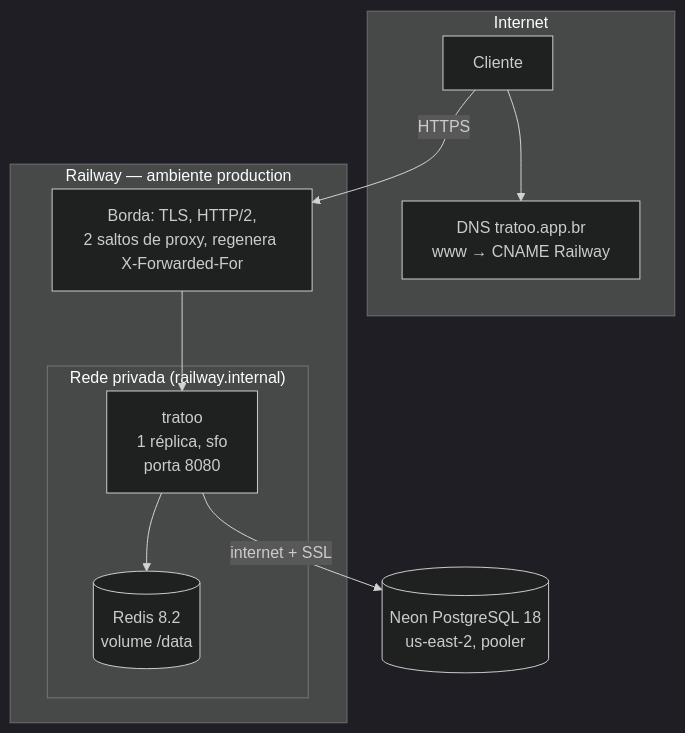
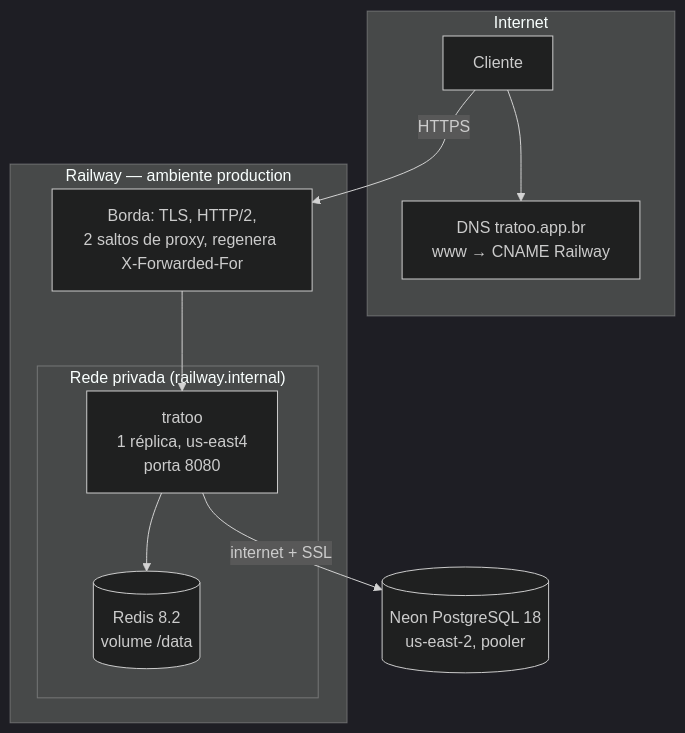
Before and after one commit to Gustavo-C-almeida/tratoo: the fifth of 8 diagrams in Docs/ARQUITETURA.md, drawn with Mermaid (dark theme). The commit also changed other lines of this file and 2 other files, not shown here.

````diff
--- a/Docs/ARQUITETURA.md
+++ b/Docs/ARQUITETURA.md
@@ -409,19 +428,19 @@
 ```mermaid
 flowchart TB
     subgraph Internet
         C["Cliente"]
         DNS["DNS tratoo.app.br<br/>www → CNAME Railway"]
     end
     subgraph Railway["Railway — ambiente production"]
         EDGE["Borda: TLS, HTTP/2,<br/>2 saltos de proxy, regenera X-Forwarded-For"]
         subgraph Privada["Rede privada (railway.internal)"]
-            API["tratoo<br/>1 réplica, sfo<br/>porta 8080"]
+            API["tratoo<br/>1 réplica, us-east4<br/>porta 8080"]
             RED[("Redis 8.2<br/>volume /data")]
         end
     end
     NEON[("Neon PostgreSQL 18<br/>us-east-2, pooler")]
     C --> DNS
     C -->|HTTPS| EDGE --> API
     API --> RED
     API -->|"internet + SSL"| NEON
 ```
````
